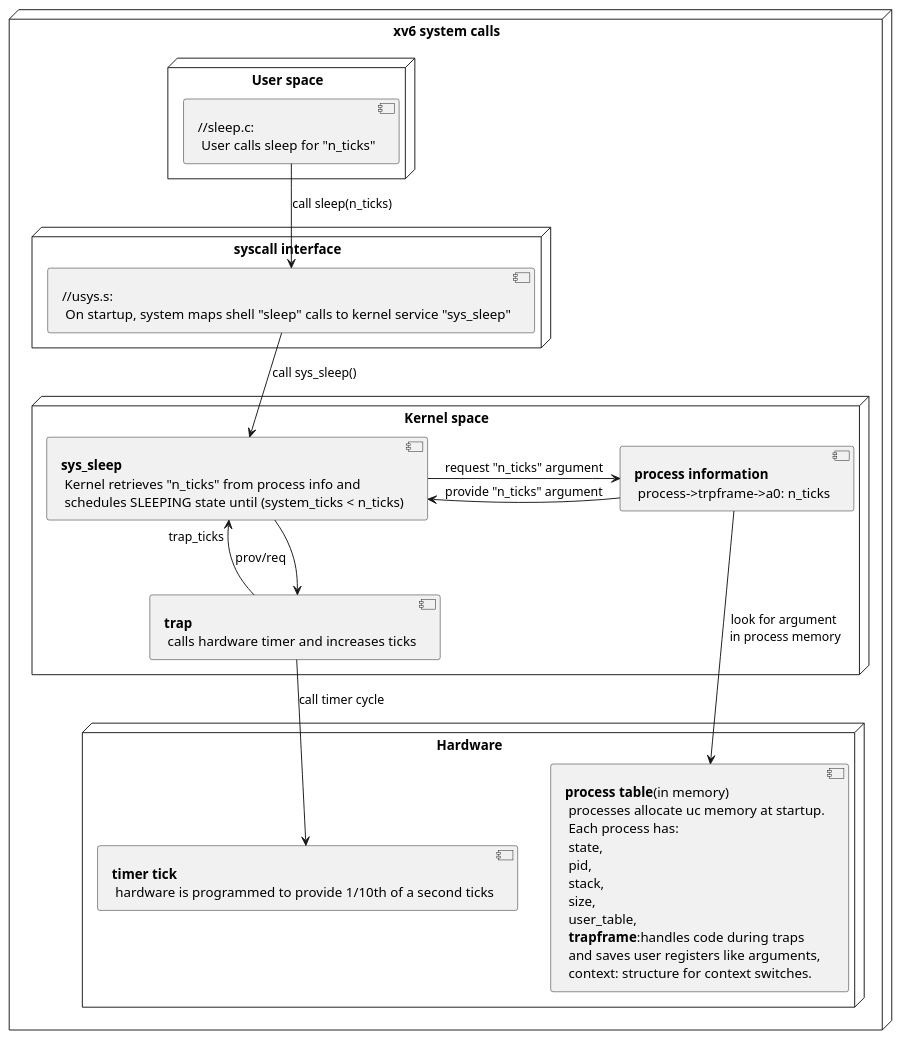
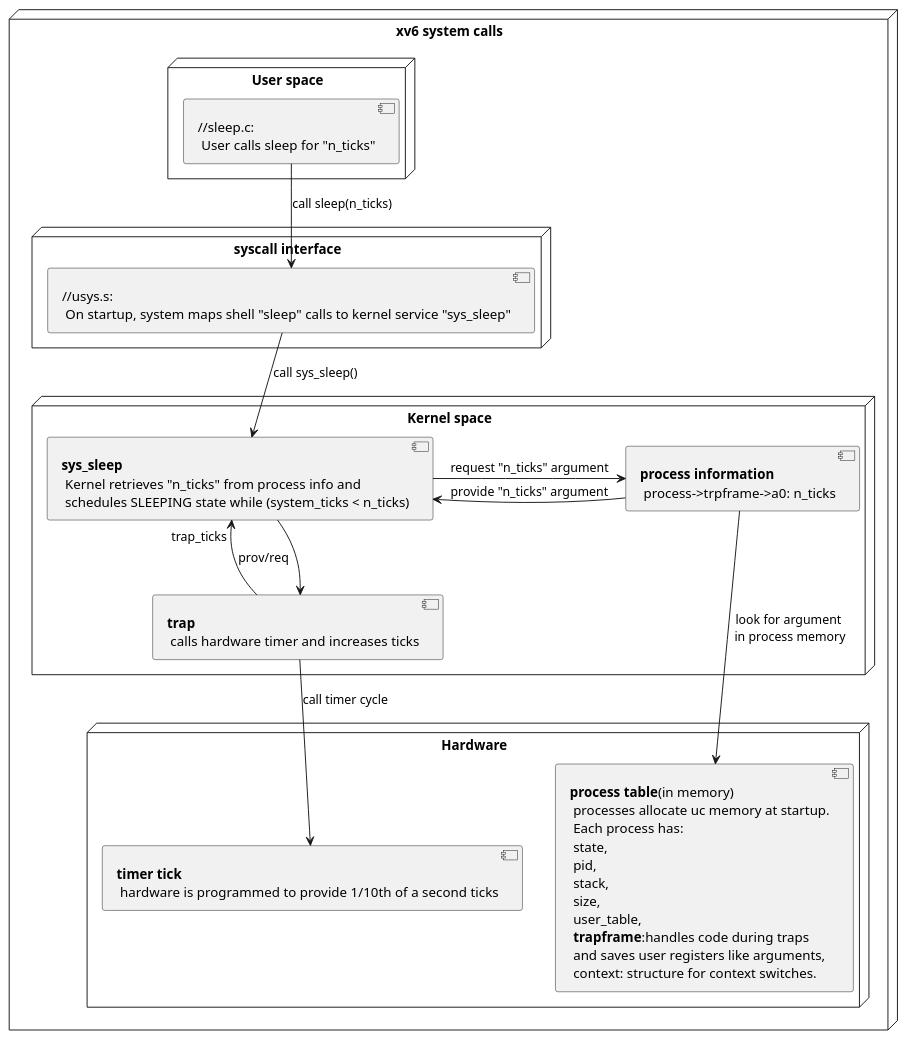
Before and after one commit to Killerpug/OperatingSystems: the first of 3 diagrams in docs/lab_instructions.adoc, drawn with PlantUML. The commit also changed other lines of this file and 16 other files, not shown here.

```diff
--- a/docs/lab_instructions.adoc
+++ b/docs/lab_instructions.adoc
@@ -45,31 +45,31 @@
 [plantuml,file="system_calls_xv6.png"]
 ....
 
 node "xv6 system calls" {
 node "User space"{
     [//sleep.c:\n User calls sleep for "n_ticks"] as sleep
 }
 node "syscall interface"{
     [//usys.s:\n On startup, system maps shell "sleep" calls to kernel service "sys_sleep"] as usys.s
 }
 node "Kernel space"{
-    [**sys_sleep**\n Kernel retrieves "n_ticks" from process info and \n schedules SLEEPING state until (system_ticks < n_ticks)] as sys_sleep
+    [**sys_sleep**\n Kernel retrieves "n_ticks" from process info and \n schedules SLEEPING state while (system_ticks < n_ticks)] as sys_sleep
     [**trap**\n calls hardware timer and increases ticks] as trap
     [**process information**\n process->trpframe->a0: n_ticks] as process_info
 }
 node "Hardware"{
     [**process table**(in memory)\n processes allocate uc memory at startup.\n Each process has: \n state,\n pid,\n stack,\n size,\n user_table,\n **trapframe**:handles code during traps \n and saves user registers like arguments,\n context: structure for context switches. ] as proc
     [**timer tick**\n hardware is programmed to provide 1/10th of a second ticks] as tick
 }
 
 [sleep] -d-> [usys.s] : call sleep(n_ticks)
 [usys.s] -d-> [sys_sleep] : call sys_sleep()
 [sys_sleep] -r-> [process_info] : request "n_ticks" argument
 [process_info] -l-> [sys_sleep] : provide "n_ticks" argument
 [trap] -down-> [tick] : call timer cycle
 [process_info] -down-> [proc] : look for argument\n in process memory 
 [trap] -u-> [sys_sleep] : prov/req "trap_ticks"
 [sys_sleep] -d-> [trap]  
 
 }
 ....
```
